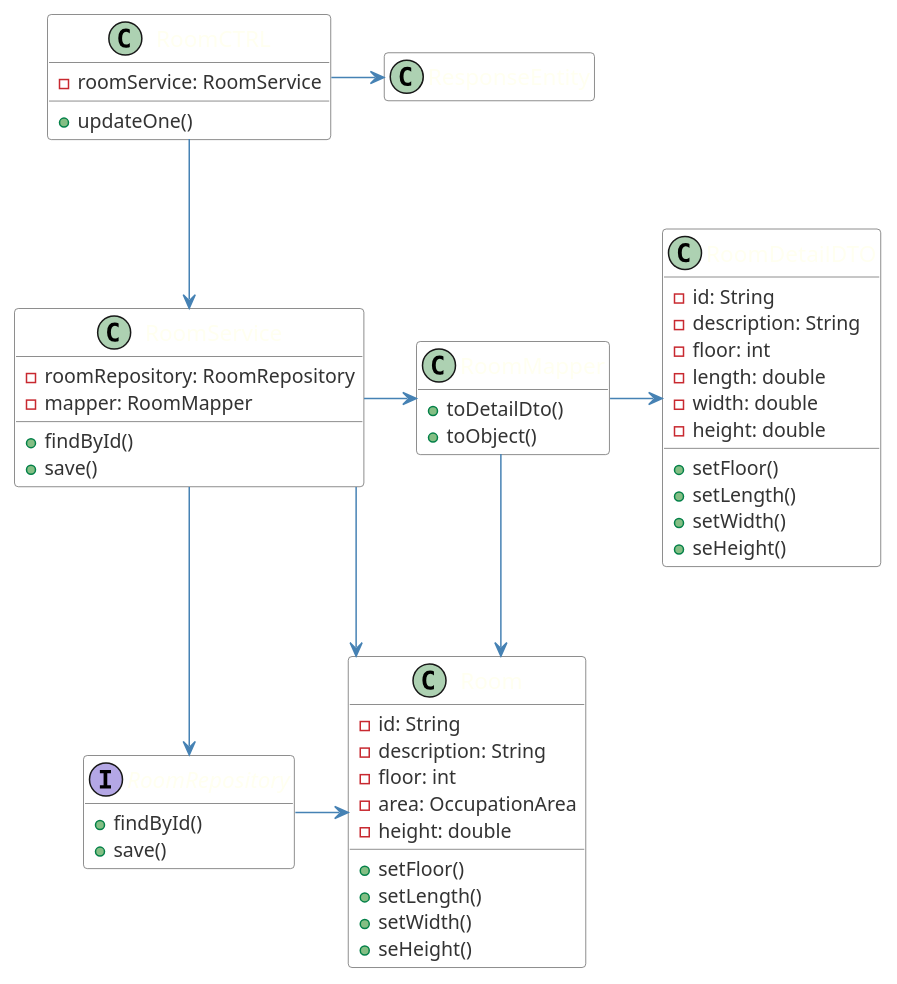
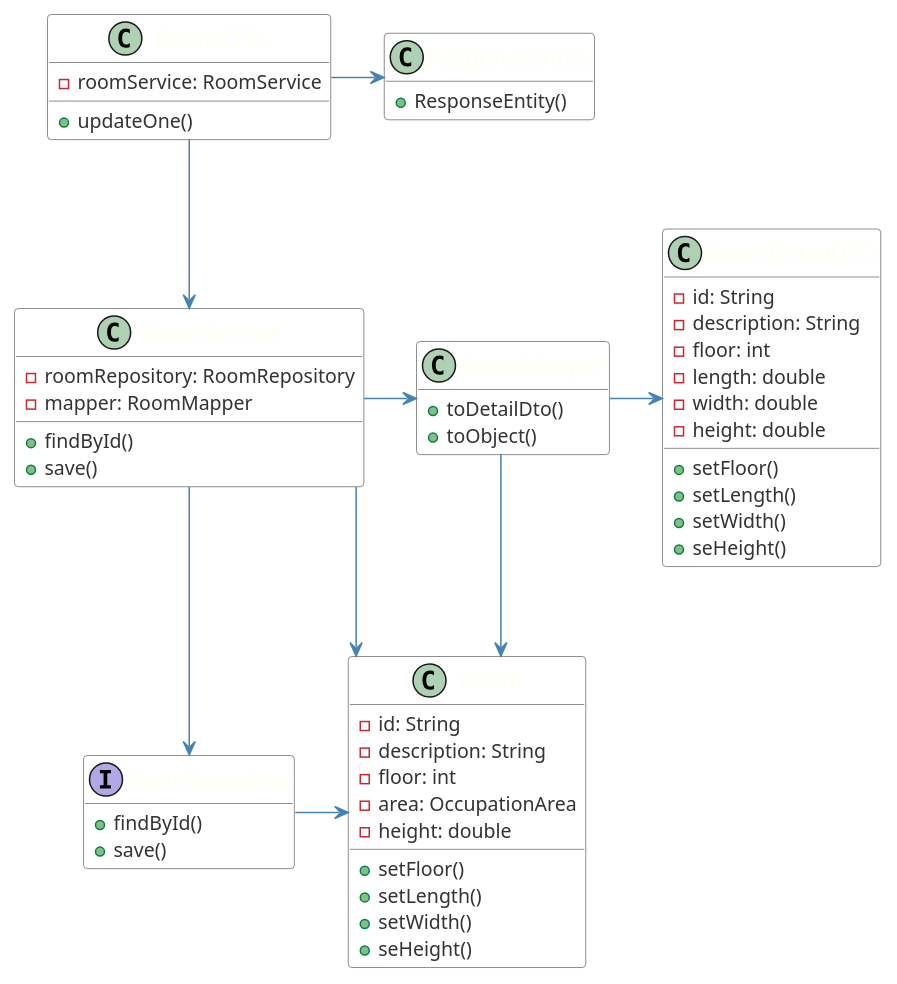
The diagram in src/main/java/smarthome/controller/rest/classDiagrams/cd_EditRoom.puml (emanuel-pereira/hou), drawn with PlantUML before and after one commit.

Commit message:
Addresses #249, added class ResponseEntity constructor in US class diagram.

```diff
--- a/src/main/java/smarthome/controller/rest/classDiagrams/cd_EditRoom.puml
+++ b/src/main/java/smarthome/controller/rest/classDiagrams/cd_EditRoom.puml
@@ -1,80 +1,83 @@
 @startuml
 skinparam linetype ortho
 hide empty members
 
 skinparam class {
 	ArrowColor SteelBlue
 	BorderColor Dimgray
 	HeaderBackgroundColor SteelBlue
 	BackgroundColor White
 	FontName Calibri bold
 	AttributeFontColor #333
 	AttributeFontName Calibri
 	AttributeFontSize 13
 	FontColor Ivory
 	FontSize 15
 }
 
 class RoomCTRL{
 - roomService: RoomService
 + updateOne()
 }
 
 class RoomService{
 - roomRepository: RoomRepository
 - mapper: RoomMapper
 
 + findById()
 + save()
 }
 
 class RoomMapper {
 + toDetailDto()
 + toObject()
 }
 
 Interface RoomRepository{
 
 + findById()
 + save()
 
 }
 
 class Room{
 - id: String
 - description: String
 - floor: int
 - area: OccupationArea
 - height: double
 + setFloor()
 + setLength()
 + setWidth()
 + seHeight()
 }
 
 class RoomDetailDTO{
 - id: String
 - description: String
 - floor: int
 - length: double
 - width: double
 - height: double
 
 + setFloor()
 + setLength()
 + setWidth()
 + seHeight()
+}
 
+class ResponseEntity{
++ResponseEntity()
 }
 
 RoomCTRL --> RoomService
 RoomCTRL -> ResponseEntity
 RoomService -> RoomMapper
 RoomService -> Room
 RoomMapper -> RoomDetailDTO
 RoomMapper --> Room
 RoomService --> RoomRepository
 RoomRepository -> Room
 
 
 @enduml
```
